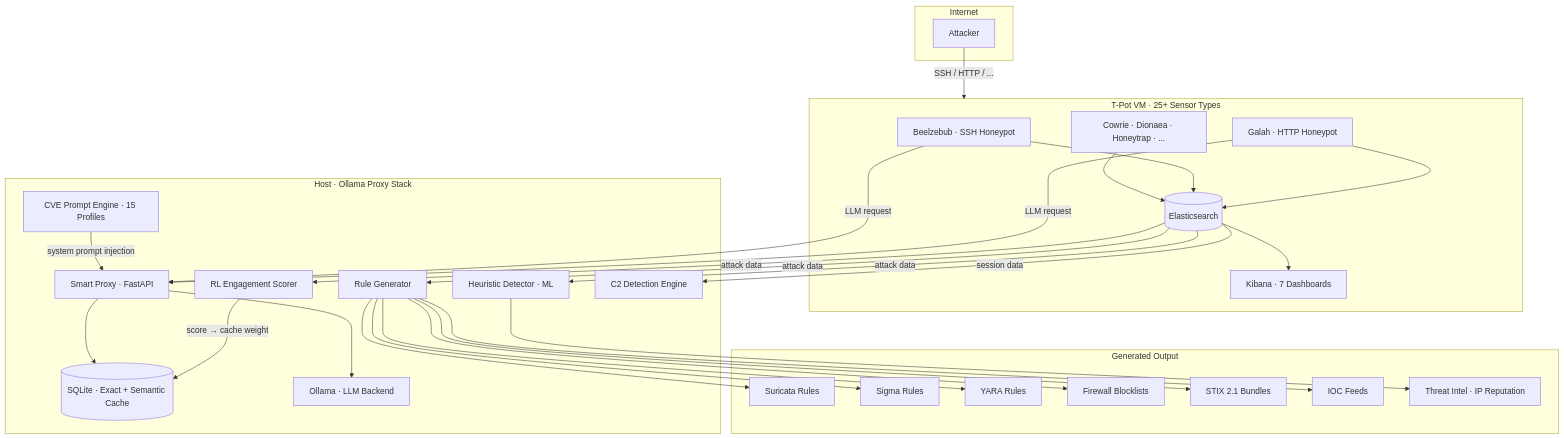
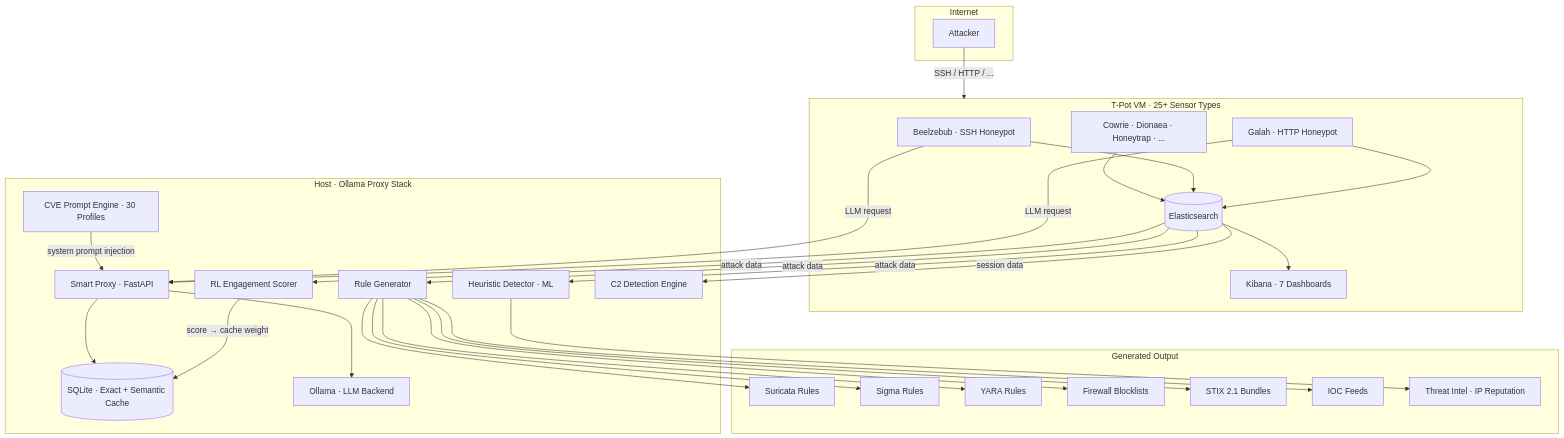
The diagram in README.md (Leviticus-Triage/llm-honeypot-intelligence), drawn with Mermaid before and after one commit. The commit also changed other lines of this file and 2 other files, not shown here.

````diff
--- a/README.md
+++ b/README.md
@@ -52,58 +52,58 @@
 ```mermaid
 flowchart TB
     subgraph Internet["Internet"]
         ATK[Attacker]
     end
 
     subgraph TPOT["T-Pot VM · 25+ Sensor Types"]
         BEE[Beelzebub · SSH Honeypot]
         GAL[Galah · HTTP Honeypot]
         OTHER[Cowrie · Dionaea · Honeytrap · ...]
         ES[(Elasticsearch)]
         KIB[Kibana · 7 Dashboards]
     end
 
     subgraph HOST["Host · Ollama Proxy Stack"]
         PROXY[Smart Proxy · FastAPI]
         CACHE[(SQLite · Exact + Semantic Cache)]
         OLLAMA[Ollama · LLM Backend]
         RL[RL Engagement Scorer]
         RULES[Rule Generator]
         ML[Heuristic Detector · ML]
         C2[C2 Detection Engine]
-        CVE[CVE Prompt Engine · 15 Profiles]
+        CVE[CVE Prompt Engine · 30 Profiles]
     end
 
     subgraph OUTPUT["Generated Output"]
         SUR[Suricata Rules]
         SIG[Sigma Rules]
         YAR[YARA Rules]
         FW[Firewall Blocklists]
         STIX[STIX 2.1 Bundles]
         IOC[IOC Feeds]
         THREAT[Threat Intel · IP Reputation]
     end
 
     ATK -->|"SSH / HTTP / ..."| TPOT
     BEE -->|"LLM request"| PROXY
     GAL -->|"LLM request"| PROXY
     PROXY --> CACHE
     PROXY --> OLLAMA
     CVE -->|"system prompt injection"| PROXY
     RL -->|"score → cache weight"| CACHE
     ES -->|"attack data"| RL
     ES -->|"attack data"| RULES
     ES -->|"attack data"| ML
     ES -->|"session data"| C2
     OTHER --> ES
     BEE --> ES
     GAL --> ES
     ES --> KIB
     RULES --> SUR
     RULES --> SIG
     RULES --> YAR
     RULES --> FW
     RULES --> STIX
     RULES --> IOC
     ML --> THREAT
 ```
````
